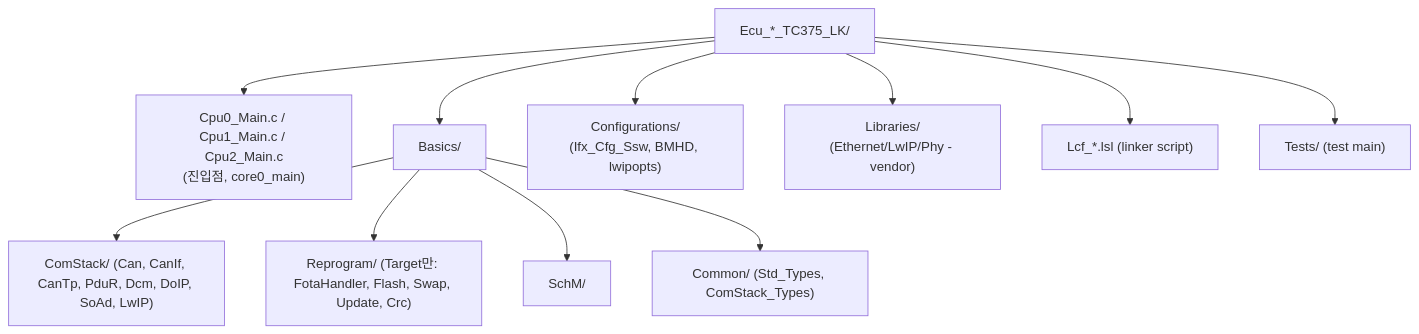
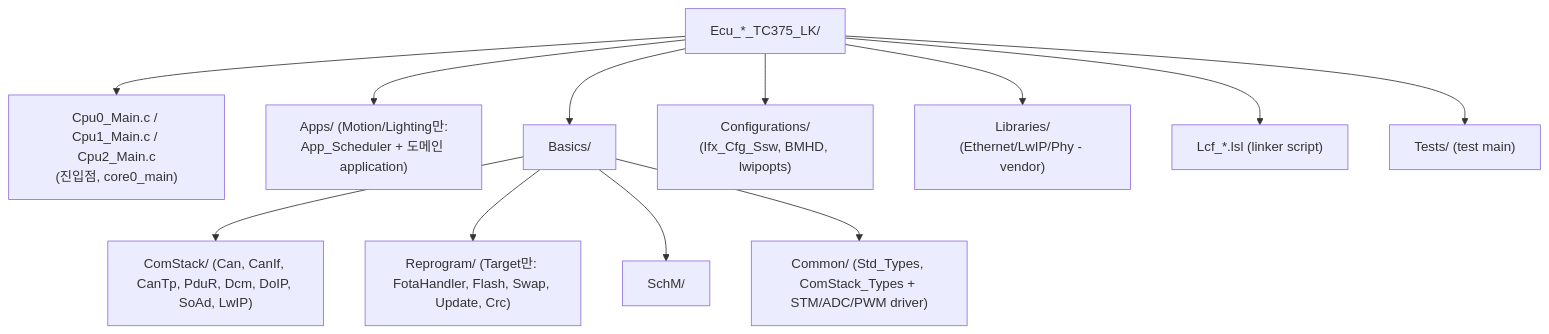
The second of 2 diagrams in docs/01_repository_structure.md (kdt-fibonacci/fota-reprogramming), drawn with Mermaid before and after one commit. The commit also changed other lines of this file and 5 other files, not shown here.

````diff
--- a/docs/01_repository_structure.md
+++ b/docs/01_repository_structure.md
@@ -35,14 +35,15 @@
 ```mermaid
 flowchart TD
     E["Ecu_*_TC375_LK/"]
     E --> CM["Cpu0_Main.c / Cpu1_Main.c / Cpu2_Main.c<br/>(진입점, core0_main)"]
+    E --> AP["Apps/ (Motion/Lighting만:<br/>App_Scheduler + 도메인 application)"]
     E --> B["Basics/"]
     E --> CFG["Configurations/<br/>(Ifx_Cfg_Ssw, BMHD, lwipopts)"]
     E --> LIB["Libraries/<br/>(Ethernet/LwIP/Phy - vendor)"]
     E --> LSL["Lcf_*.lsl (linker script)"]
     E --> TST["Tests/ (test main)"]
     B --> CS["ComStack/ (Can, CanIf, CanTp, PduR, Dcm, DoIP, SoAd, LwIP)"]
     B --> RP["Reprogram/ (Target만: FotaHandler, Flash, Swap, Update, Crc)"]
     B --> SCHM["SchM/"]
-    B --> COM["Common/ (Std_Types, ComStack_Types)"]
+    B --> COM["Common/ (Std_Types, ComStack_Types + STM/ADC/PWM driver)"]
 ```
````
